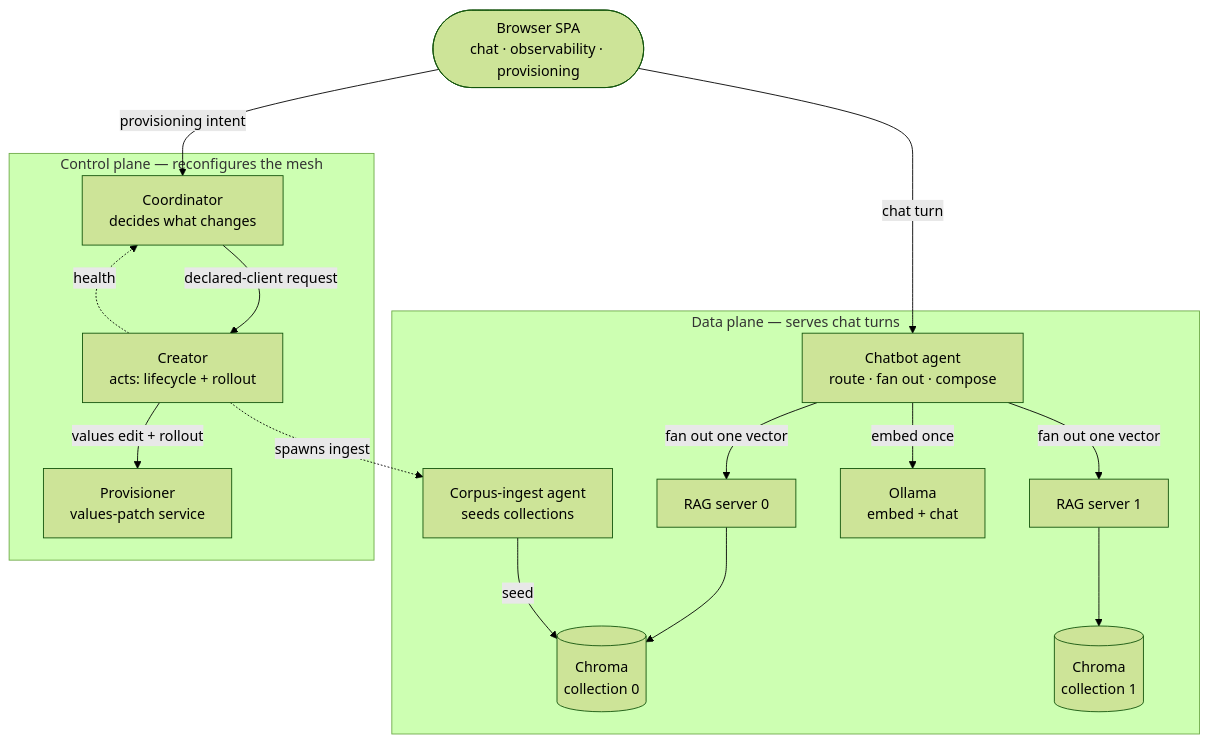
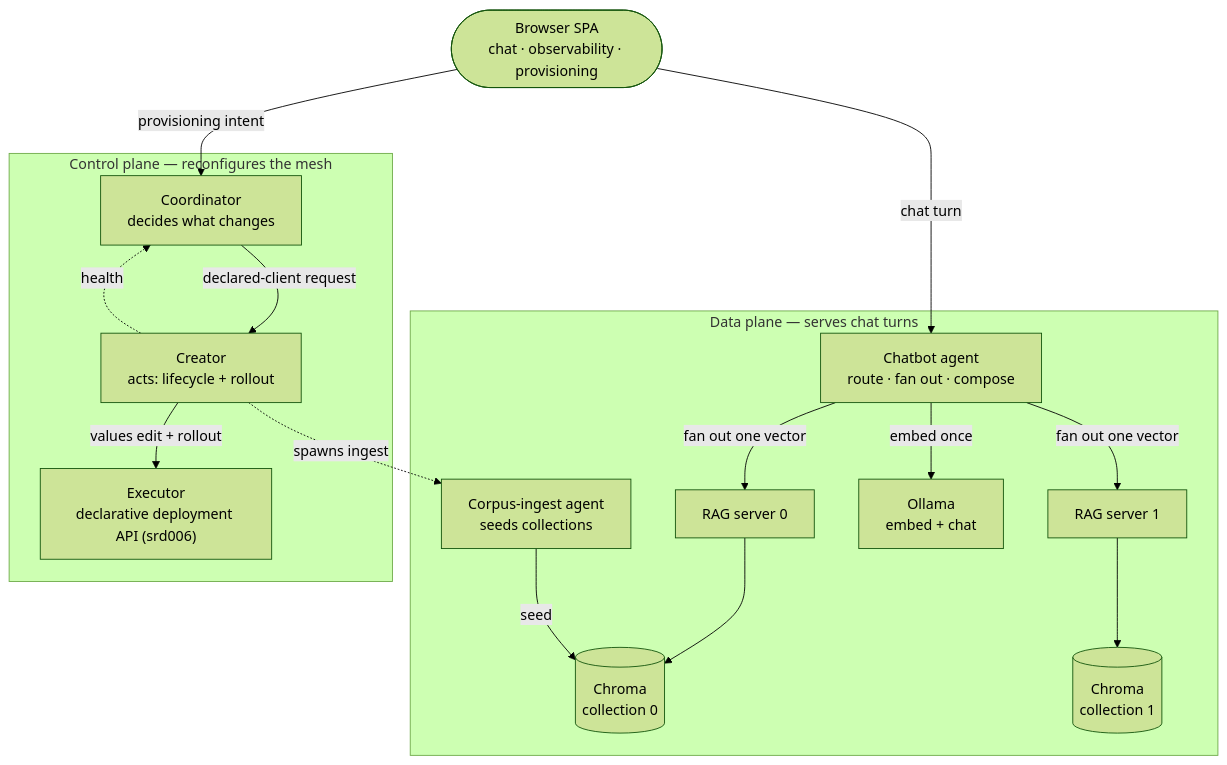
The first of 4 diagrams in examples/chatbot-mesh/docs/how-it-works.md (Acharya320/declarative-agents), drawn with Mermaid (forest theme) before and after one commit. The commit also changed other lines of this file and 3 other files, not shown here.

````diff
--- a/examples/chatbot-mesh/docs/how-it-works.md
+++ b/examples/chatbot-mesh/docs/how-it-works.md
@@ -20,33 +20,33 @@
 ```mermaid
 flowchart TB
   User(["Browser SPA<br/>chat · observability · provisioning"])
 
   subgraph DP["Data plane — serves chat turns"]
     CB["Chatbot agent<br/>route · fan out · compose"]
     R0["RAG server 0"]
     R1["RAG server 1"]
     CH0[("Chroma<br/>collection 0")]
     CH1[("Chroma<br/>collection 1")]
     OLL["Ollama<br/>embed + chat"]
     ING["Corpus-ingest agent<br/>seeds collections"]
   end
 
   subgraph CP["Control plane — reconfigures the mesh"]
     CO["Coordinator<br/>decides what changes"]
     CR["Creator<br/>acts: lifecycle + rollout"]
-    PR["Provisioner<br/>values-patch service"]
+    EX["Executor<br/>declarative deployment API (srd006)"]
   end
 
   User -->|chat turn| CB
   User -->|provisioning intent| CO
 
   CB -->|embed once| OLL
   CB -->|fan out one vector| R0 --> CH0
   CB -->|fan out one vector| R1 --> CH1
   ING -->|seed| CH0
 
   CO -->|declared-client request| CR
-  CR -->|values edit + rollout| PR
+  CR -->|values edit + rollout| EX
   CR -.->|spawns ingest| ING
   CR -.->|health| CO
 ```
````
